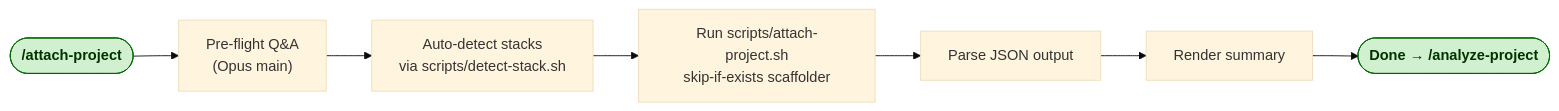
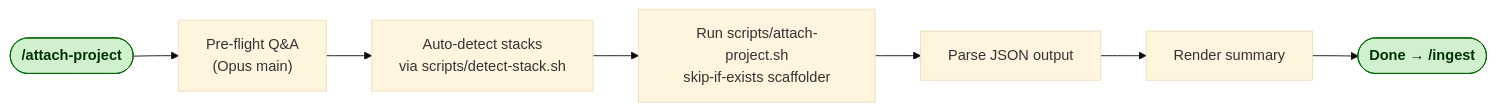
Before and after one commit to vladislavsournine/vladyslav-skills: the second of 14 diagrams in docs/diagrams/skill-flows.md, drawn with Mermaid (base theme). The commit also changed other lines of this file and 21 other files, not shown here.

````diff
--- a/docs/diagrams/skill-flows.md
+++ b/docs/diagrams/skill-flows.md
@@ -28,12 +28,12 @@
 ```mermaid
 flowchart LR
     A([/attach-project]):::start --> B["Pre-flight Q&A<br/>(Opus main)"]
     B --> C[Auto-detect stacks<br/>via scripts/detect-stack.sh]
     C --> D[Run scripts/attach-project.sh<br/>skip-if-exists scaffolder]
     D --> E[Parse JSON output]
     E --> F[Render summary]
-    F --> G([Done → /analyze-project]):::done
+    F --> G([Done → /ingest]):::done
 
     classDef start fill:#d0f0d0,stroke:#006600,color:#003300,font-weight:bold
     classDef done  fill:#d0f0d0,stroke:#006600,color:#003300,font-weight:bold
 ```
````
